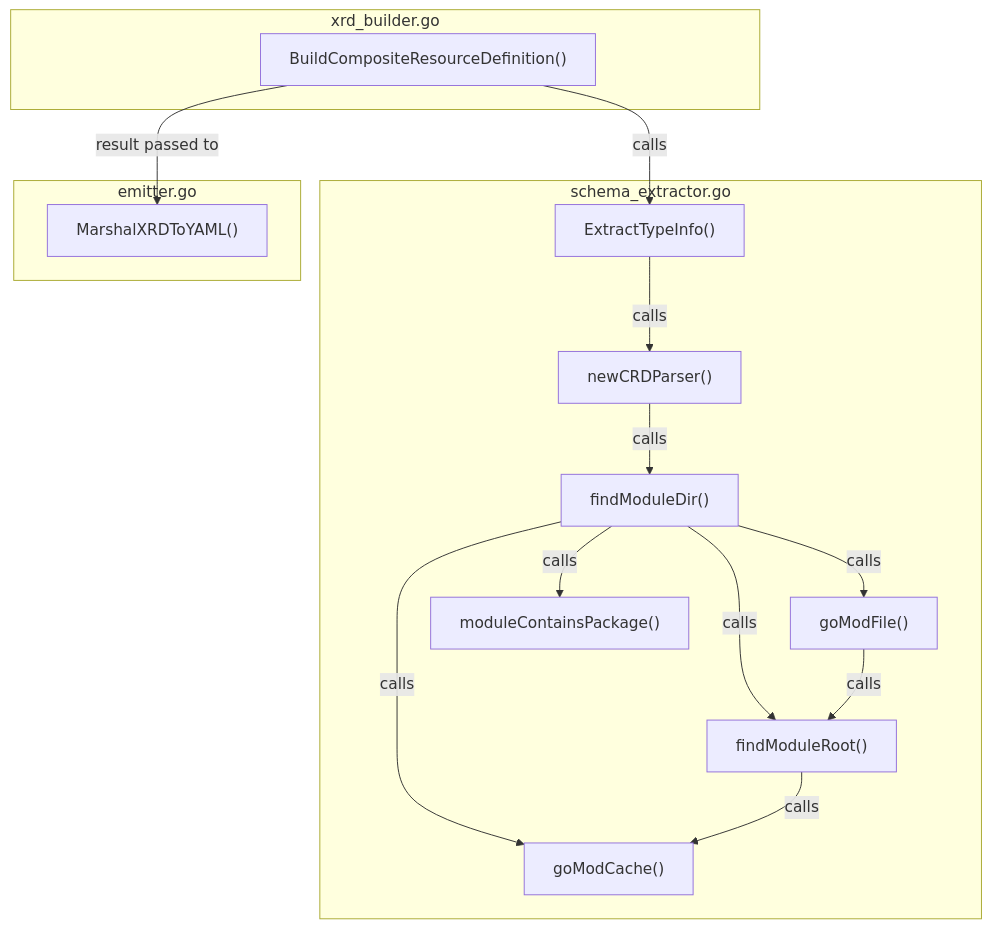
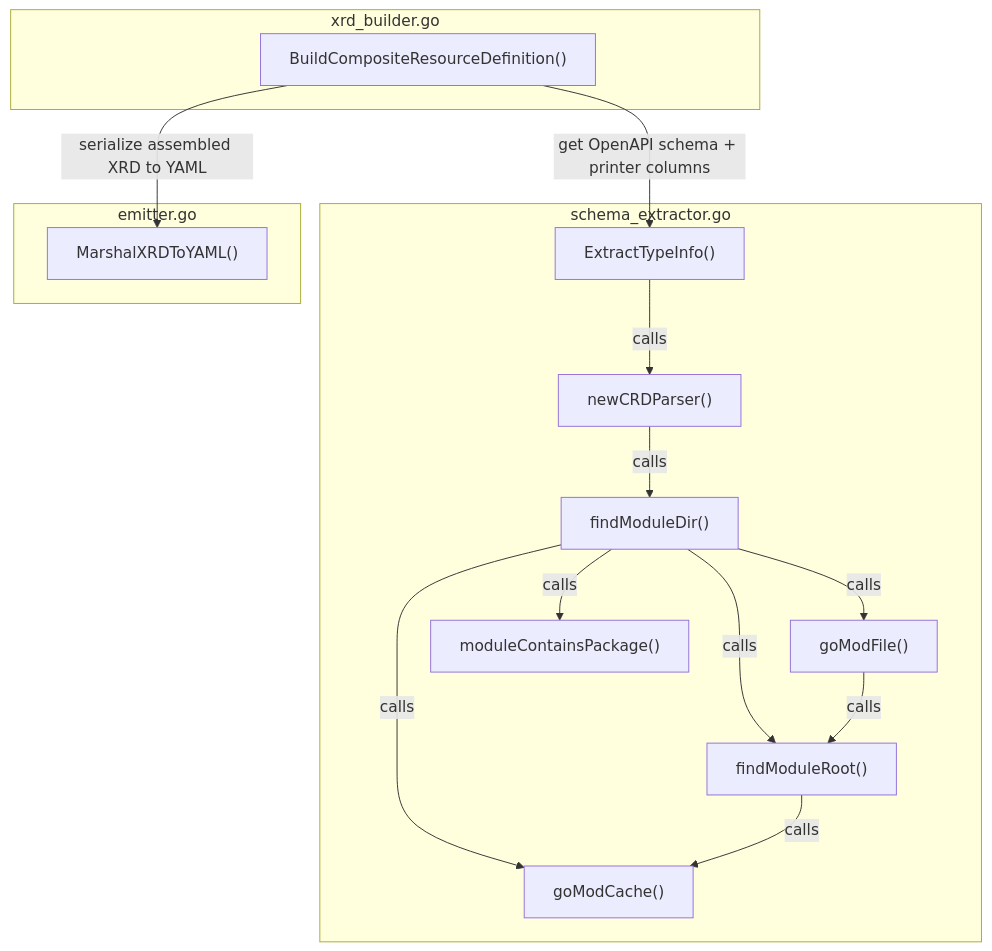
The diagram in modules/generator/architecture.md (rezakaramad/xp-kit), drawn with Mermaid before and after one commit.

Commit message:
Update diagram

````diff
--- a/modules/generator/architecture.md
+++ b/modules/generator/architecture.md
@@ -3,35 +3,35 @@
 ```mermaid
 graph TD
     subgraph xrd_builder.go
         BuildCRD["BuildCompositeResourceDefinition()"]
     end
 
     subgraph schema_extractor.go
         newCRDParser["newCRDParser()"]
         ExtractTypeInfo["ExtractTypeInfo()"]
         findModuleDir["findModuleDir()"]
         findModuleRoot["findModuleRoot()"]
         goModCache["goModCache()"]
         goModFile["goModFile()"]
         moduleContains["moduleContainsPackage()"]
     end
 
     subgraph emitter.go
         MarshalYAML["MarshalXRDToYAML()"]
     end
 
-    BuildCRD -->|"calls"| ExtractTypeInfo
-    BuildCRD -->|"result passed to"| MarshalYAML
+    BuildCRD -->|"get OpenAPI schema + printer columns"| ExtractTypeInfo
+    BuildCRD -->|"serialize assembled XRD to YAML"| MarshalYAML
 
     ExtractTypeInfo -->|"calls"| newCRDParser
 
     newCRDParser -->|"calls"| findModuleDir
 
     findModuleDir -->|"calls"| findModuleRoot
     findModuleDir -->|"calls"| goModCache
     findModuleDir -->|"calls"| goModFile
     findModuleDir -->|"calls"| moduleContains
 
     findModuleRoot -->|"calls"| goModCache
     goModFile -->|"calls"| findModuleRoot
 ```
````
